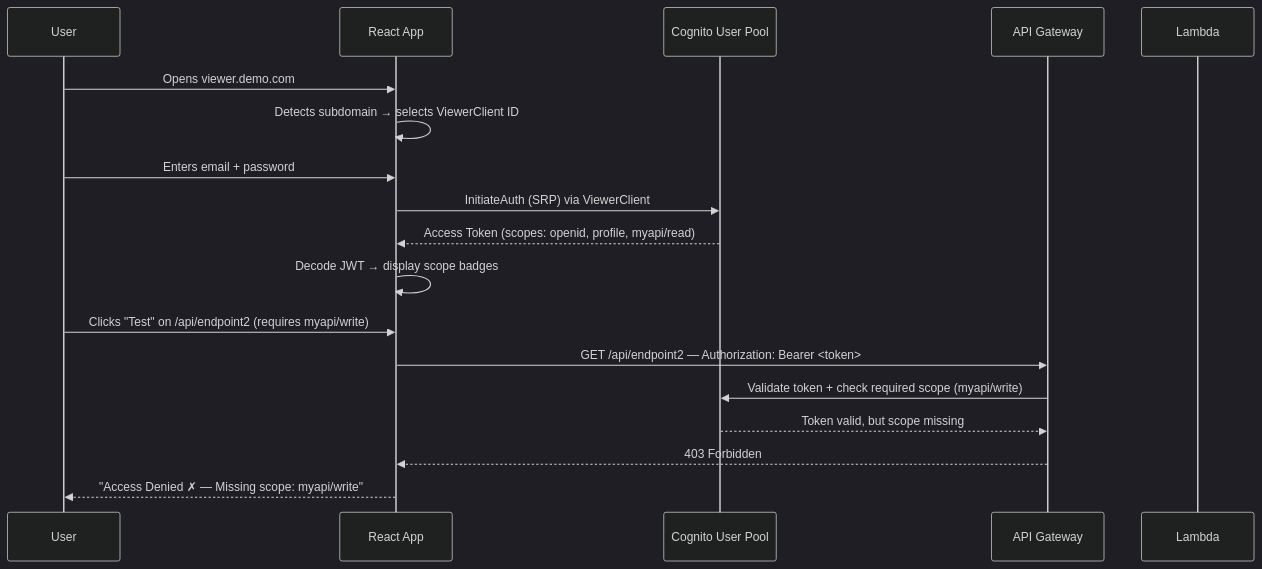
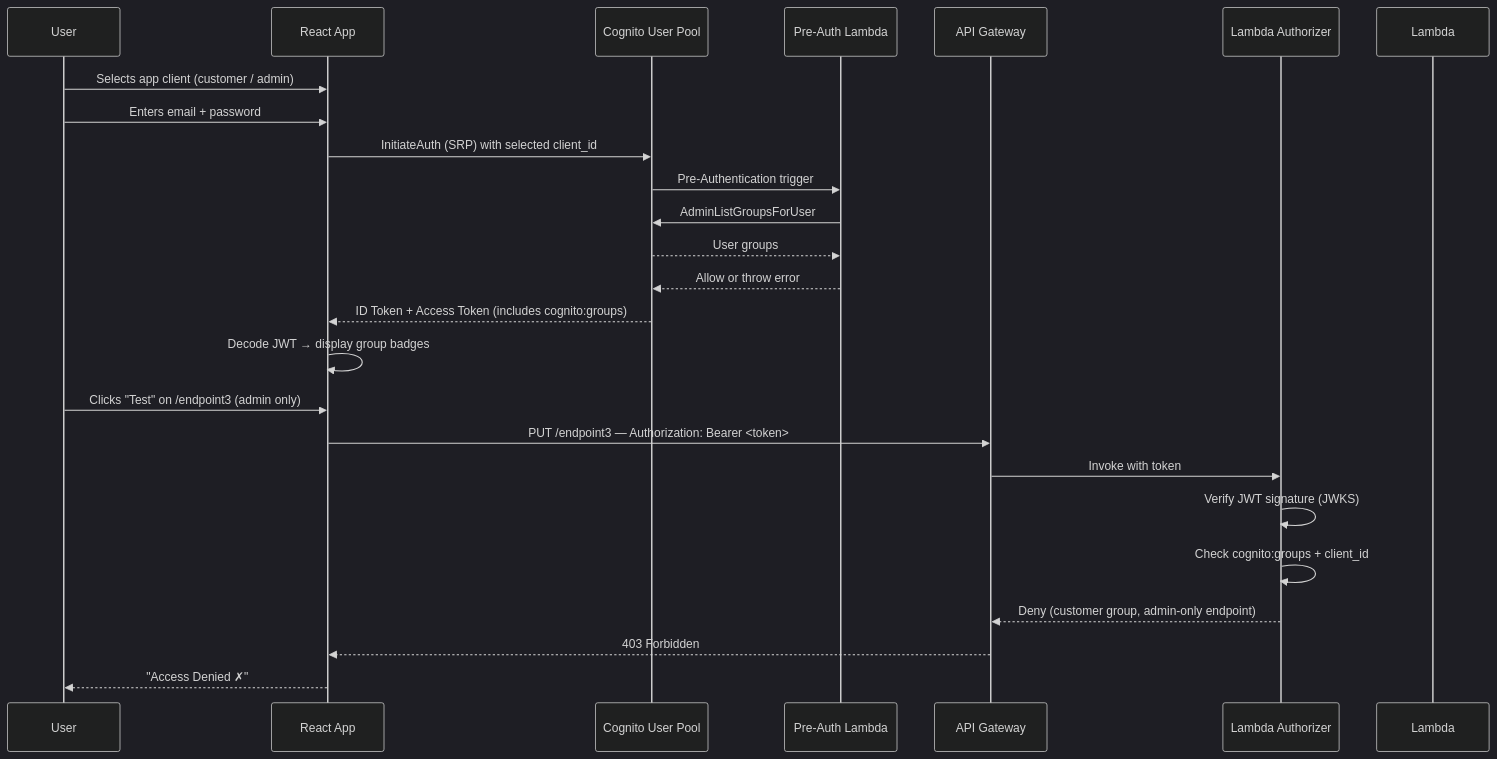
One commit to JesusRugama/cognito-auth-demo changed the second of 2 diagrams in docs/Architecture.md. Above: the diagram before and after it, drawn with Mermaid (dark theme). The commit also changed other lines of this file and 12 other files, not shown here.

````diff
--- a/docs/Architecture.md
+++ b/docs/Architecture.md
@@ -65,21 +68,28 @@
 ```mermaid
 sequenceDiagram
     participant U as User
     participant App as React App
     participant Cog as Cognito User Pool
+    participant PA as Pre-Auth Lambda
     participant APIGW as API Gateway
-    participant Lambda as Lambda
+    participant Authz as Lambda Authorizer
+    participant L as Lambda
 
-    U->>App: Opens viewer.demo.com
-    App->>App: Detects subdomain → selects ViewerClient ID
+    U->>App: Selects app client (customer / admin)
     U->>App: Enters email + password
-    App->>Cog: InitiateAuth (SRP) via ViewerClient
-    Cog-->>App: Access Token (scopes: openid, profile, myapi/read)
-    App->>App: Decode JWT → display scope badges
-    U->>App: Clicks "Test" on /api/endpoint2 (requires myapi/write)
-    App->>APIGW: GET /api/endpoint2 — Authorization: Bearer <token>
-    APIGW->>Cog: Validate token + check required scope (myapi/write)
-    Cog-->>APIGW: Token valid, but scope missing
+    App->>Cog: InitiateAuth (SRP) with selected client_id
+    Cog->>PA: Pre-Authentication trigger
+    PA->>Cog: AdminListGroupsForUser
+    Cog-->>PA: User groups
+    PA-->>Cog: Allow or throw error
+    Cog-->>App: ID Token + Access Token (includes cognito:groups)
+    App->>App: Decode JWT → display group badges
+    U->>App: Clicks "Test" on /endpoint3 (admin only)
+    App->>APIGW: PUT /endpoint3 — Authorization: Bearer <token>
+    APIGW->>Authz: Invoke with token
+    Authz->>Authz: Verify JWT signature (JWKS)
+    Authz->>Authz: Check cognito:groups + client_id
+    Authz-->>APIGW: Deny (customer group, admin-only endpoint)
     APIGW-->>App: 403 Forbidden
-    App-->>U: "Access Denied ✗ — Missing scope: myapi/write"
+    App-->>U: "Access Denied ✗"
 ```
````
